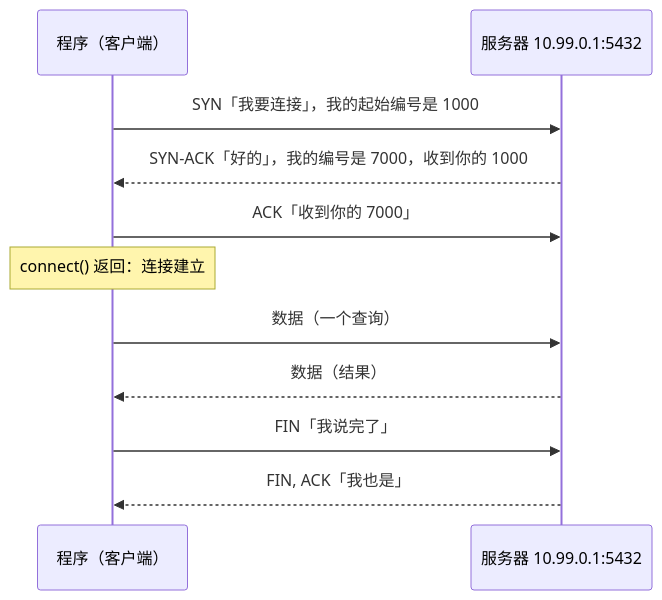
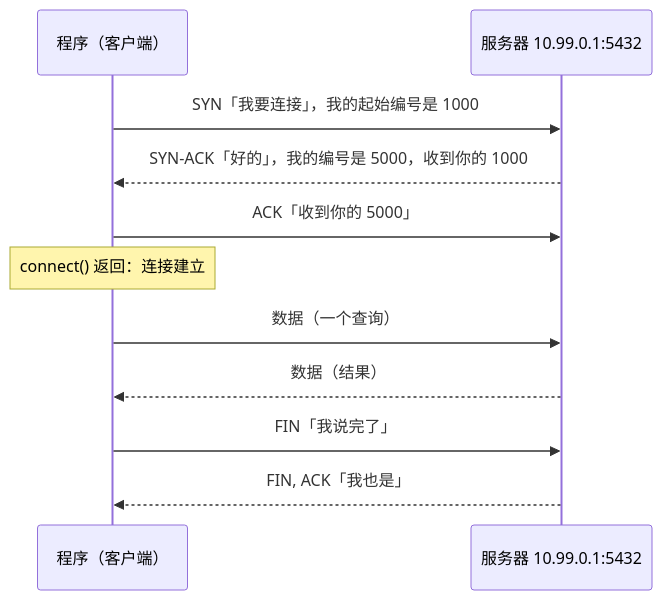
The third of 7 diagrams in docs/basics.zh-CN.md (nanmuyao-tools/pingmock), drawn with Mermaid before and after one commit. The commit also changed other lines of this file and 26 other files, not shown here.

````diff
--- a/docs/basics.zh-CN.md
+++ b/docs/basics.zh-CN.md
@@ -144,13 +144,13 @@
 ```mermaid
 sequenceDiagram
     participant C as 程序（客户端）
     participant S as 服务器 10.99.0.1:5432
     C->>S: SYN「我要连接」，我的起始编号是 1000
-    S-->>C: SYN-ACK「好的」，我的编号是 7000，收到你的 1000
-    C->>S: ACK「收到你的 7000」
+    S-->>C: SYN-ACK「好的」，我的编号是 5000，收到你的 1000
+    C->>S: ACK「收到你的 5000」
     Note over C: connect() 返回：连接建立
     C->>S: 数据（一个查询）
     S-->>C: 数据（结果）
     C->>S: FIN「我说完了」
     S-->>C: FIN, ACK「我也是」
 ```
````
